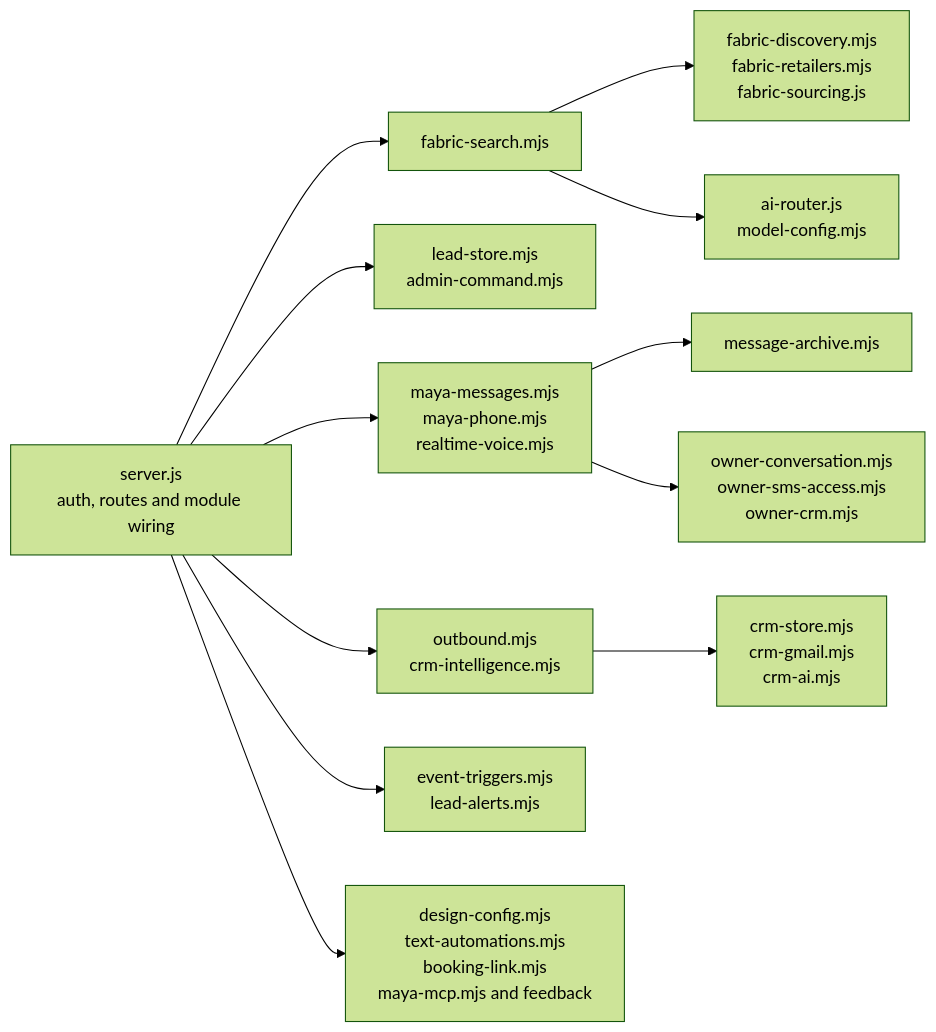
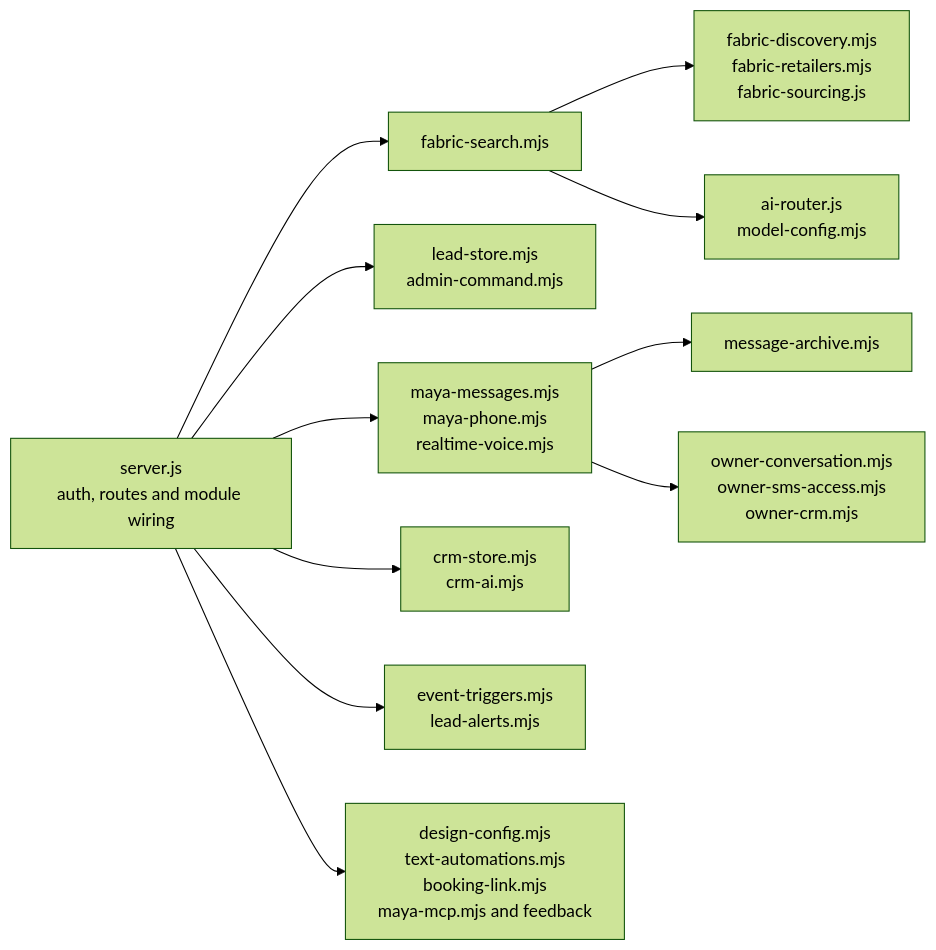
One commit to ManaSiyo/MAYA changed the second of 2 diagrams in docs/ARCHITECTURE-MAP.md. Above: the diagram before and after it, drawn with Mermaid (forest theme). The commit also changed other lines of this file and 71 other files, not shown here.

````diff
--- a/docs/ARCHITECTURE-MAP.md
+++ b/docs/ARCHITECTURE-MAP.md
@@ -53,14 +52,13 @@
 ```mermaid
 flowchart LR
   Entry[server.js\nauth, routes and module wiring] --> Fabric[fabric-search.mjs]
   Fabric --> Discovery[fabric-discovery.mjs\nfabric-retailers.mjs\nfabric-sourcing.js]
   Fabric --> Routing[ai-router.js\nmodel-config.mjs]
   Entry --> Leads[lead-store.mjs\nadmin-command.mjs]
   Entry --> Comms[maya-messages.mjs\nmaya-phone.mjs\nrealtime-voice.mjs]
   Comms --> Archive[message-archive.mjs]
   Comms --> Owner[owner-conversation.mjs\nowner-sms-access.mjs\nowner-crm.mjs]
-  Entry --> CRM[outbound.mjs\ncrm-intelligence.mjs]
-  CRM --> CRMHelpers[crm-store.mjs\ncrm-gmail.mjs\ncrm-ai.mjs]
+  Entry --> CRMHelpers[crm-store.mjs\ncrm-ai.mjs]
   Entry --> Event[event-triggers.mjs\nlead-alerts.mjs]
   Entry --> Other[design-config.mjs\ntext-automations.mjs\nbooking-link.mjs\nmaya-mcp.mjs and feedback]
 ```
````
